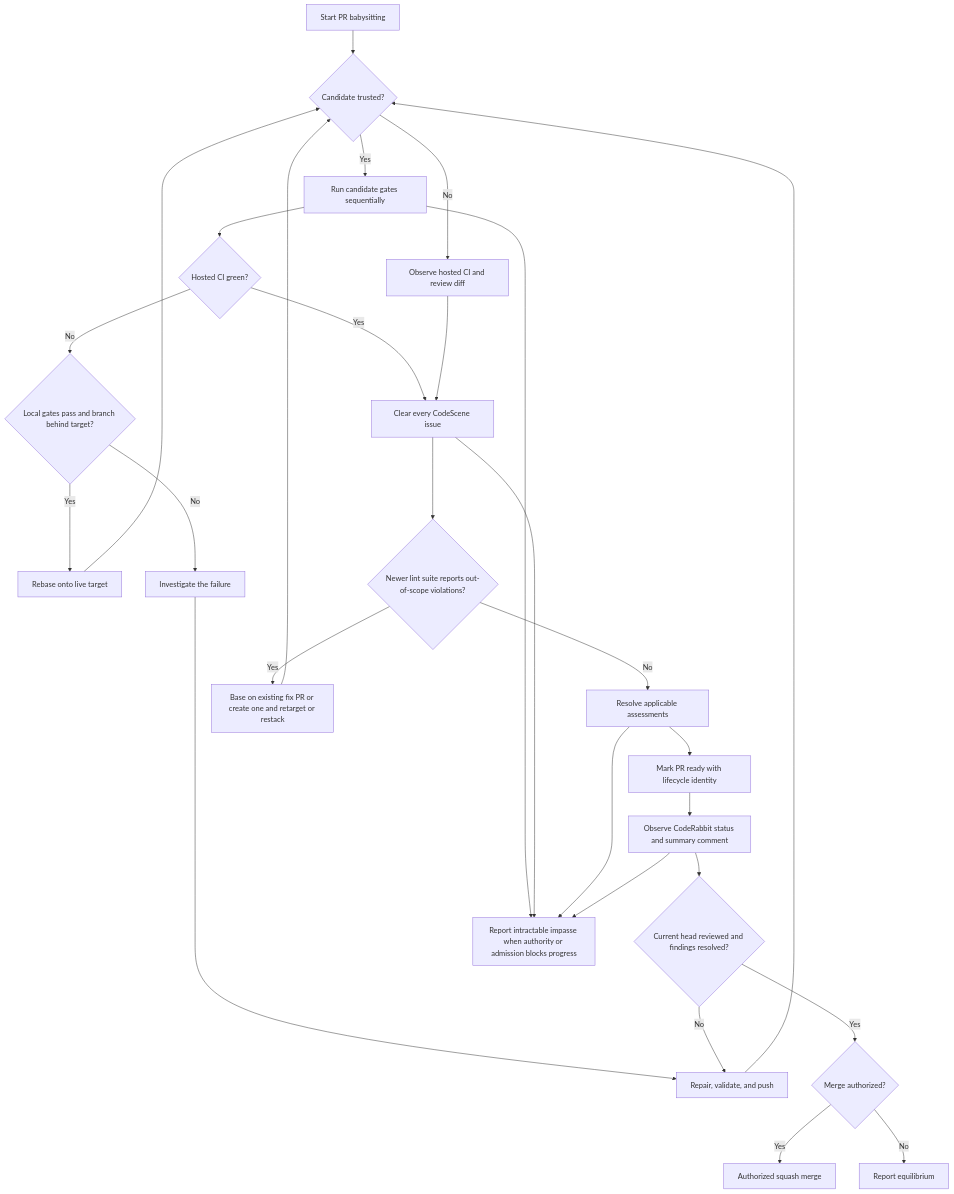
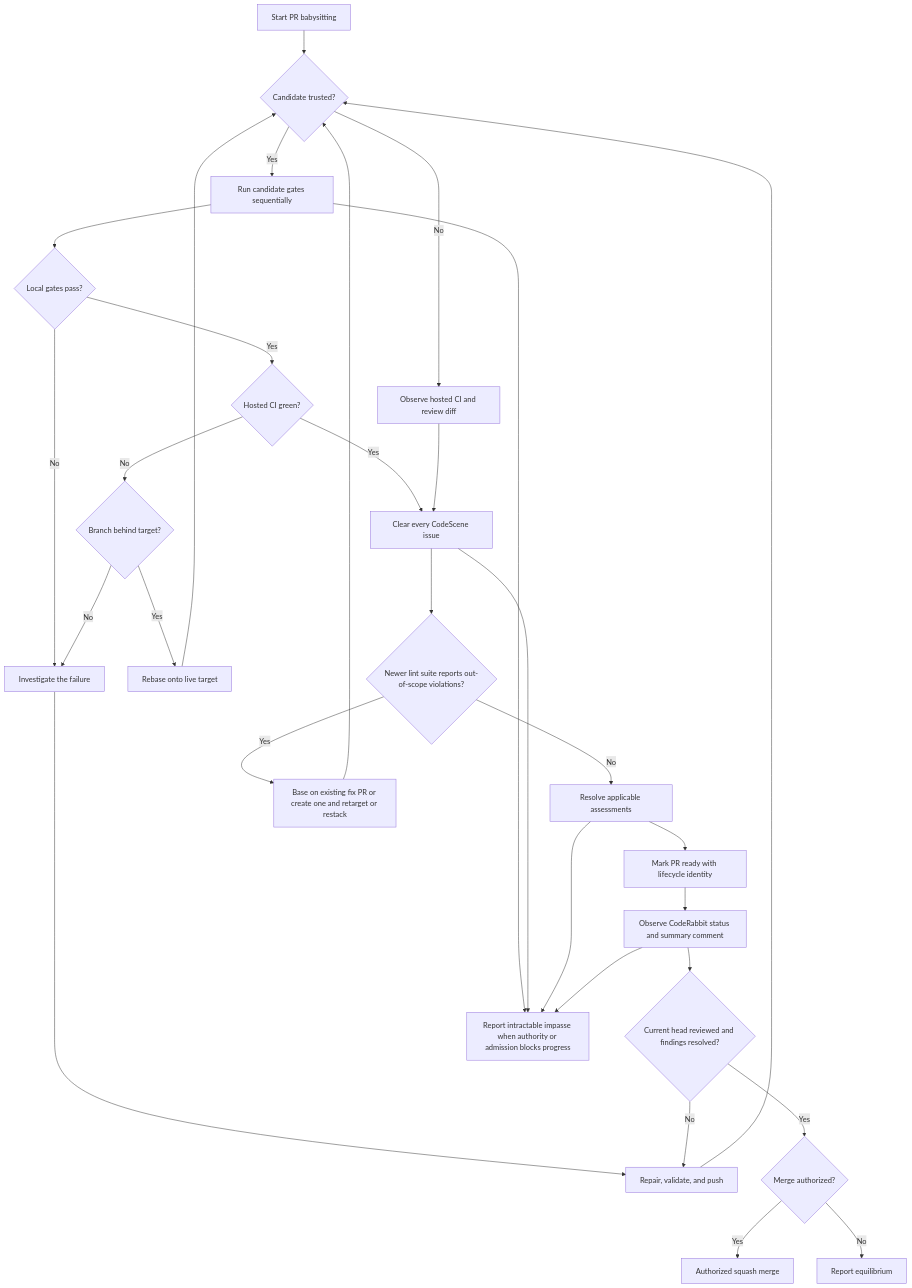
Before and after one commit to leynos/agent-helper-scripts: the third of 6 diagrams in docs/users-guide.md, drawn with Mermaid. The commit also changed other lines of this file and 4 other files, not shown here.

First line of the commit message:
Route local gate failures and guard stack recreation

````diff
--- a/docs/users-guide.md
+++ b/docs/users-guide.md
@@ -768,52 +768,55 @@
 ```mermaid
 flowchart TD
     accTitle: PR babysitting path to equilibrium, merge, or impasse
     accDescr {
         PR babysitting starts with the candidate trust decision. A trusted
         candidate has its gates run sequentially on the host; an untrusted
-        one is checked by observing hosted CI and reviewing the diff. A red
-        hosted check whose local gates pass on a branch behind its target is
-        rebased onto the target and returns to the trust decision, so the
+        one is checked by observing hosted CI and reviewing the diff. A
+        failing local gate is investigated and repaired before readiness. A
+        red hosted check whose local gates pass on a branch behind its target
+        is rebased onto the target and returns to the trust decision, so the
         rebased candidate has its gates rerun before hosted CI is observed
         again. Any other red hosted check is investigated and repaired. A
         newer lint suite's out-of-scope violations move into a prerequisite
         fix PR, and the changed candidate also returns to the trust decision.
         The agent then clears every CodeScene issue, resolves applicable
         assessments, and marks the PR ready with the lifecycle identity. It then
         observes CodeRabbit's commit status and summary comment. If the
         current head has not been reviewed or its findings are unresolved,
         the agent repairs, validates, and pushes, and the new head returns to
         the trust decision. Once the current head is reviewed and its findings
         are resolved, an authorized merge leads to a squash merge; otherwise
         the agent reports equilibrium. The gate, CodeScene, assessment, and
         review-observation stages can each end in a report of intractable
         impasse when authority or build admission blocks progress.
     }
     A[Start PR babysitting] --> T{Candidate trusted?}
     T -->|Yes| B[Run candidate gates sequentially]
     T -->|No| N[Observe hosted CI and review diff]
-    B --> S{Hosted CI green?}
+    B --> Q{Local gates pass?}
+    Q -->|No| X[Investigate the failure]
+    Q -->|Yes| S{Hosted CI green?}
     S -->|Yes| C[Clear every CodeScene issue]
-    S -->|No| P{Local gates pass and branch behind target?}
+    S -->|No| P{Branch behind target?}
     P -->|Yes| R[Rebase onto live target]
-    P -->|No| X[Investigate the failure]
+    P -->|No| X
     R --> T
     X --> H[Repair, validate, and push]
     N --> C
     C --> U{Newer lint suite reports out-of-scope violations?}
     U -->|No| D[Resolve applicable assessments]
     U -->|Yes| V[Base on existing fix PR or create one and retarget or restack]
     V --> T
     D --> E[Mark PR ready with lifecycle identity]
     E --> F[Observe CodeRabbit status and summary comment]
     F --> G{Current head reviewed and findings resolved?}
     G -->|No| H
     H --> T
     G -->|Yes| I{Merge authorized?}
     I -->|Yes| J[Authorized squash merge]
     I -->|No| K[Report equilibrium]
     B --> L[Report intractable impasse when authority or admission blocks progress]
     C --> L
     D --> L
     F --> L
 ```
````
